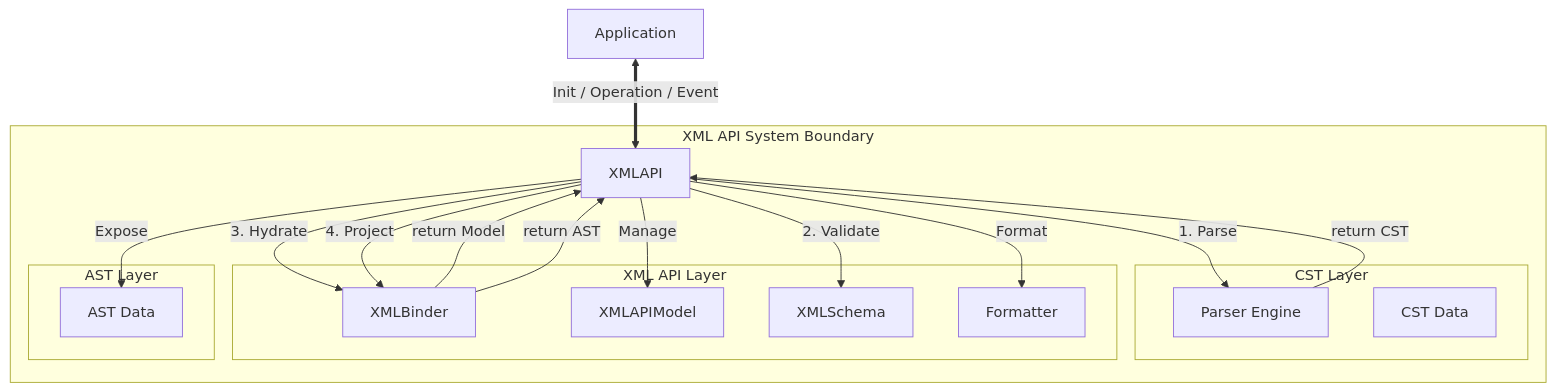
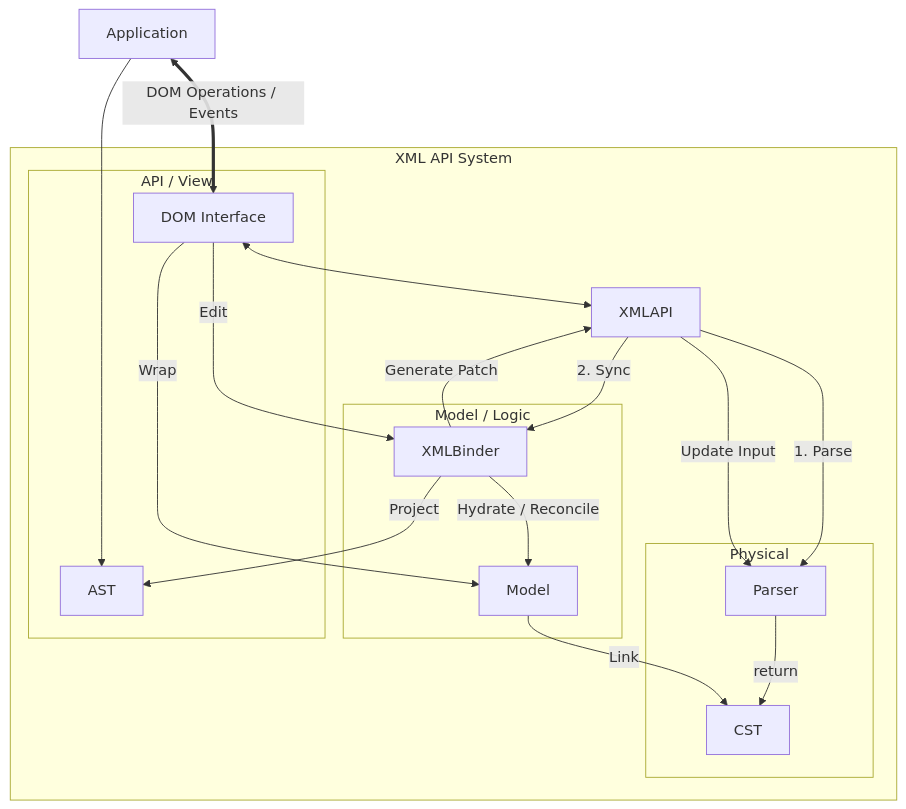
One commit to KazuyaMiyashita/xml-api changed the diagram in docs/guide/core-concepts.md. Above: the diagram before and after it, drawn with Mermaid. The commit also changed other lines of this file and 3 other files, not shown here.

````diff
--- a/docs/guide/core-concepts.md
+++ b/docs/guide/core-concepts.md
@@ -28,44 +29,43 @@
 ```mermaid
 graph TD
     User["Application"]
 
-    subgraph "XML API System Boundary"
+    subgraph "XML API System"
         Mediator["XMLAPI"]
 
-        subgraph "CST Layer"
-            Parser["Parser Engine"]
-            CST["CST Data"]
+        subgraph "Physical"
+            Parser["Parser"]
+            CST["CST"]
         end
 
-        subgraph "XML API Layer"
+        subgraph "Model / Logic"
             Binder["XMLBinder"]
-            Model["XMLAPIModel"]
-            Schema["XMLSchema"]
-            Formatter["Formatter"]
+            Model["Model"]
         end
         
-        subgraph "AST Layer"
-            AST["AST Data"]
+        subgraph "API / View"
+            DOM["DOM Interface"]
+            AST["AST"]
         end
     end
 
-    %% External Access
-    User <==>|"Init / Operation / Event"| Mediator
+    %% Interaction
+    User <==>|"DOM Operations / Events"| DOM
+    DOM <--> Mediator
+    User --> AST
 
-    %% Mediation Flows
+    %% Internal Flows
     Mediator -- "1. Parse" --> Parser
-    Parser -- "return CST" --> Mediator
+    Parser -- "return" --> CST
     
-    Mediator -- "2. Validate" --> Schema
+    Mediator -- "2. Sync" --> Binder
+    Binder -- "Hydrate / Reconcile" --> Model
+    Model -- "Link" --> CST
     
-    Mediator -- "3. Hydrate" --> Binder
-    Binder -- "return Model" --> Mediator
+    Binder -- "Project" --> AST
+    DOM -- "Wrap" --> Model
     
-    Mediator -- "4. Project" --> Binder
-    Binder -- "return AST" --> Mediator
-
-    Mediator -- "Manage" --> Model
-    Mediator -- "Expose" --> AST
-    
-    Mediator -- "Format" --> Formatter
+    DOM -- "Edit" --> Binder
+    Binder -- "Generate Patch" --> Mediator
+    Mediator -- "Update Input" --> Parser
 ```
````
